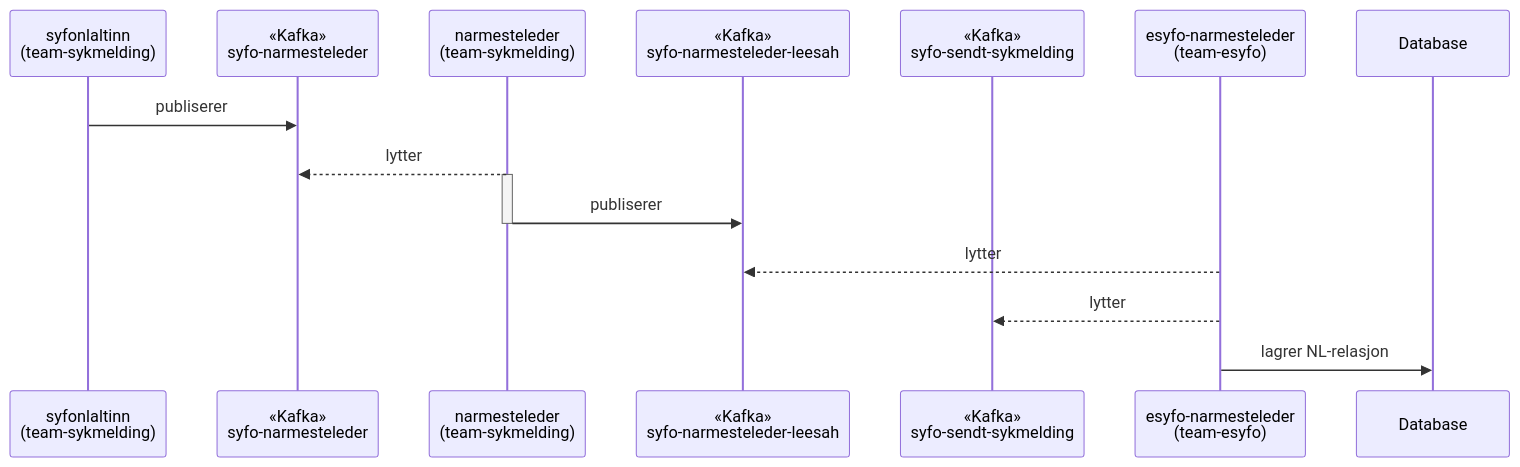
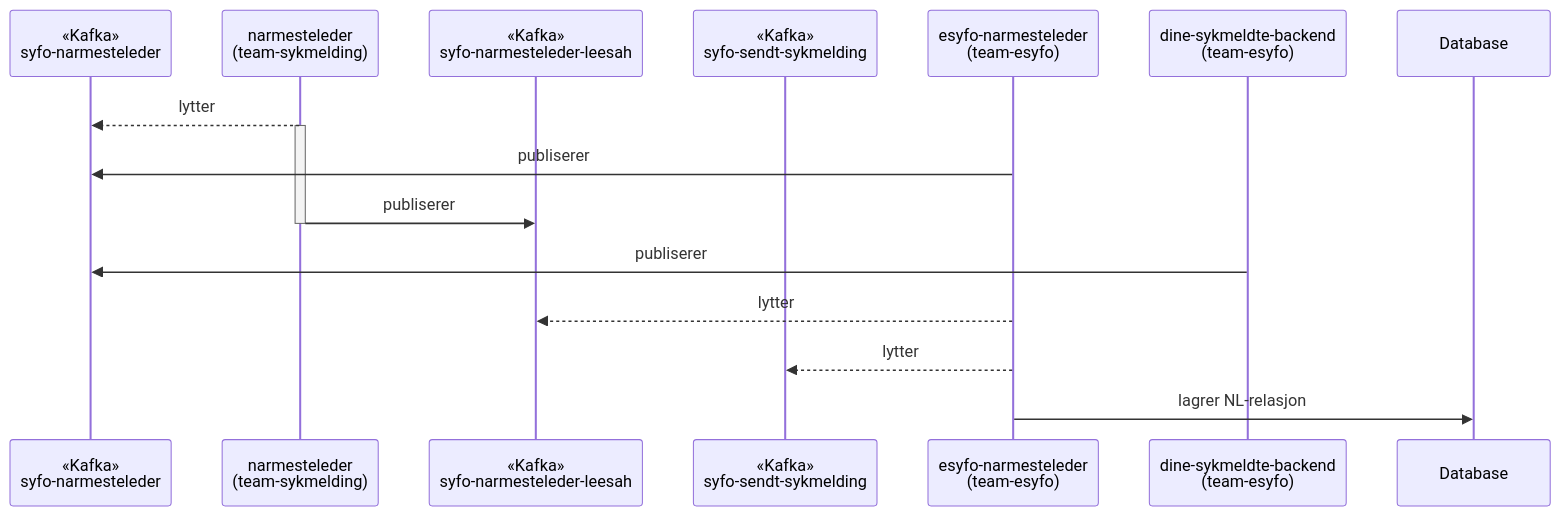
Before and after one commit to navikt/team-esyfo: the first of 2 diagrams in docs/omrader/narmeste-leder/teknisk.md, drawn with Mermaid.

Commit message:
Oppdater og korriger mermaid skjema for Kafka-flyt inn (#187)

````diff
--- a/docs/omrader/narmeste-leder/teknisk.md
+++ b/docs/omrader/narmeste-leder/teknisk.md
@@ -13,19 +13,20 @@
 ```mermaid
 sequenceDiagram
-    participant altinn as syfonlaltinn<br/>(team-sykmelding)
     participant t_nl as «Kafka»<br/>syfo-narmesteleder
     participant nl as narmesteleder<br/>(team-sykmelding)
     participant t_leesah as «Kafka»<br/>syfo-narmesteleder-leesah
     participant t_sm as «Kafka»<br/>syfo-sendt-sykmelding
     participant esyfo as esyfo-narmesteleder<br/>(team-esyfo)
+    participant dinesykmeldte as dine-sykmeldte-backend<br/>(team-esyfo)
     participant db as Database
 
-    altinn->>t_nl: publiserer
     nl-->>t_nl: lytter
     activate nl
+    esyfo->>t_nl: publiserer
     nl->>t_leesah: publiserer
     deactivate nl
+    dinesykmeldte->>t_nl: publiserer
     esyfo-->>t_leesah: lytter
     esyfo-->>t_sm: lytter
     esyfo->>db: lagrer NL-relasjon
 ```
````
